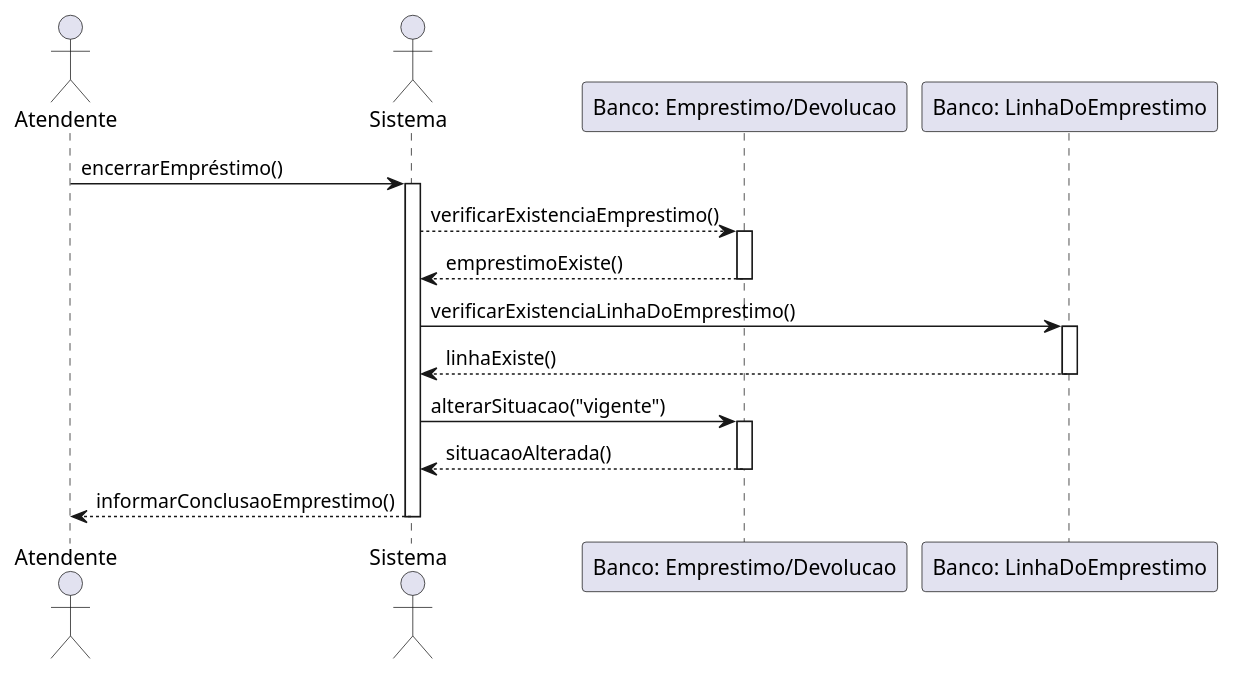
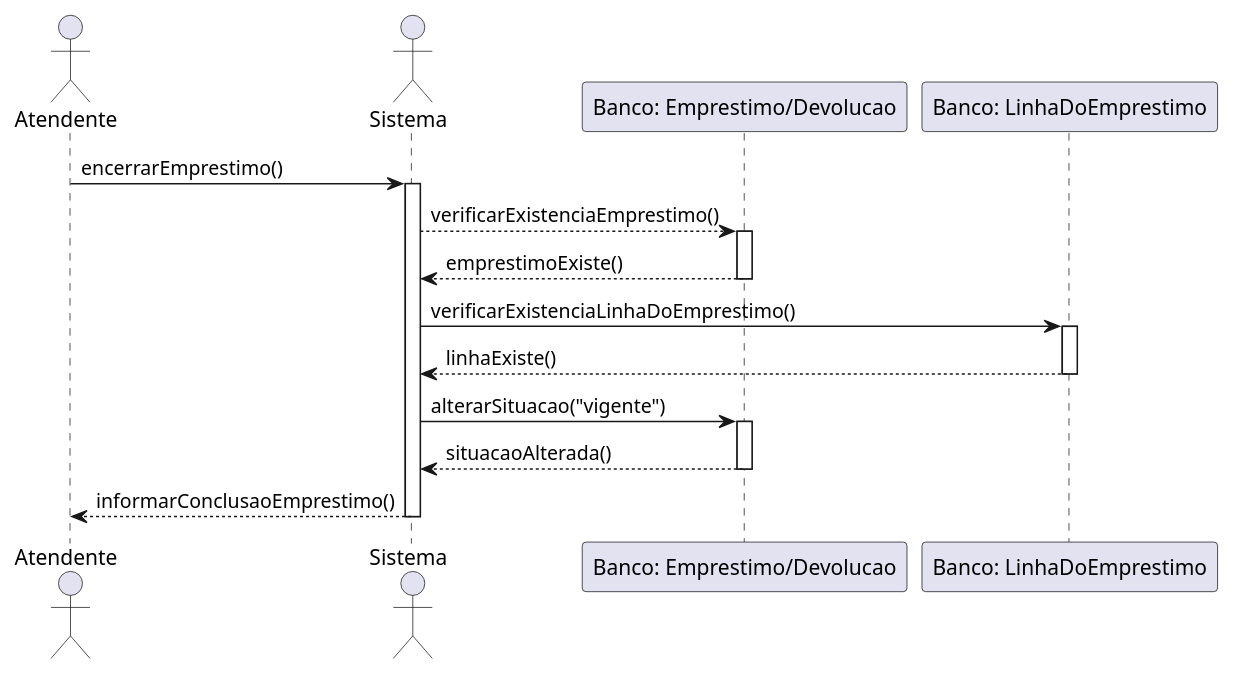
Before and after one commit to brunobmello25/projeto-de-software-individual: the diagram in encerrar-emprestimo.puml, drawn with PlantUML. The commit also changed 2 other files, not shown here.

```diff
--- a/encerrar-emprestimo.puml
+++ b/encerrar-emprestimo.puml
@@ -1,30 +1,30 @@
 @startuml
 
 actor "Atendente" as A
 actor "Sistema" as S
 participant "Banco: Emprestimo/Devolucao" as ED
 participant "Banco: LinhaDoEmprestimo" as LE
 
-A -> S : encerrarEmpréstimo()
+A -> S : encerrarEmprestimo()
 activate S
 
 S --> ED : verificarExistenciaEmprestimo()
 activate ED
 ED --> S : emprestimoExiste()
 deactivate ED
 
 S -> LE : verificarExistenciaLinhaDoEmprestimo()
 activate LE
 LE --> S : linhaExiste()
 deactivate LE
 
 S -> ED : alterarSituacao("vigente")
 activate ED
 ED --> S : situacaoAlterada()
 deactivate ED
 
 S --> A : informarConclusaoEmprestimo()
 
 deactivate S
 
 @enduml
```
